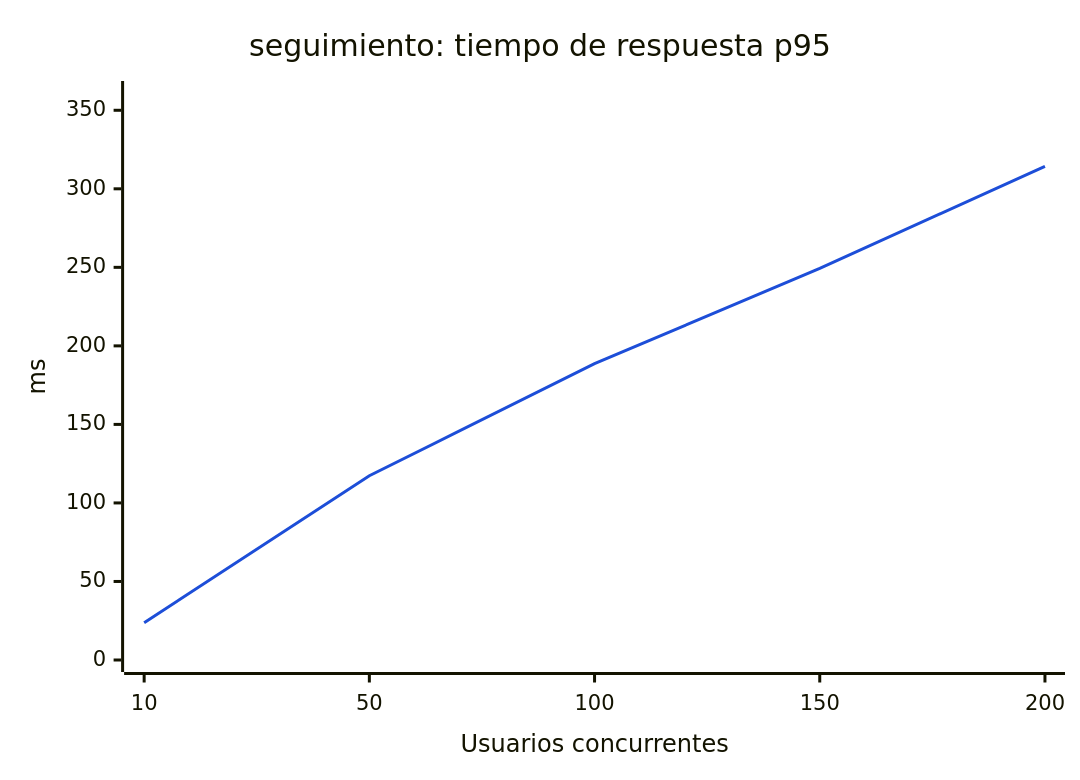
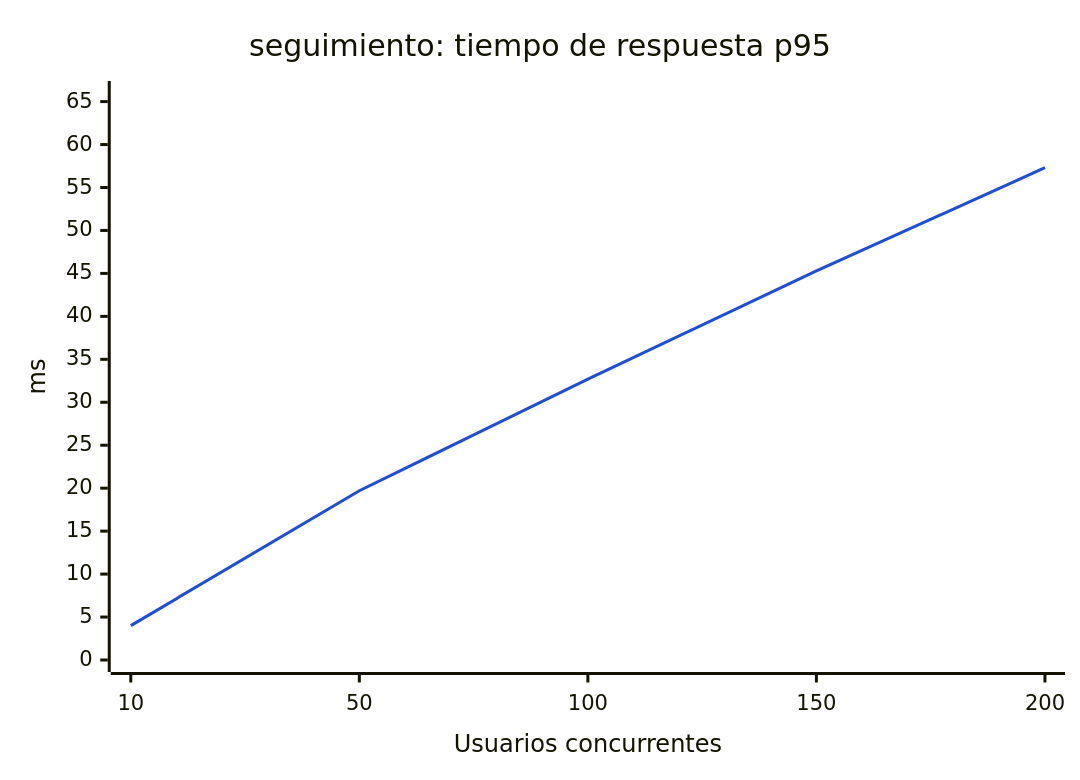
Before and after one commit to JuanVargas0325/Prueba: the fourth of 6 diagrams in pruebas-carga/resultados/resumen.md, drawn with Mermaid. The commit also changed other lines of this file and 110 other files, not shown here.

````diff
--- a/pruebas-carga/resultados/resumen.md
+++ b/pruebas-carga/resultados/resumen.md
@@ -52,8 +52,8 @@
 ```mermaid
 %%{init: {"themeVariables": {"xyChart": {"plotColorPalette": "#1d4ed8"}}}}%%
 xychart-beta
     title "seguimiento: tiempo de respuesta p95"
     x-axis "Usuarios concurrentes" [10, 50, 100, 150, 200]
-    y-axis "ms" 0 --> 361
-    line [23.7, 117.3, 188.7, 249.3, 314.3]
+    y-axis "ms" 0 --> 66
+    line [4.0, 19.7, 32.7, 45.3, 57.3]
 ```
````
